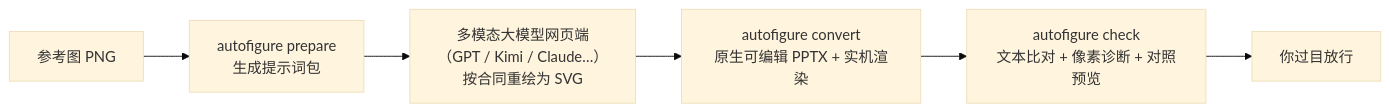
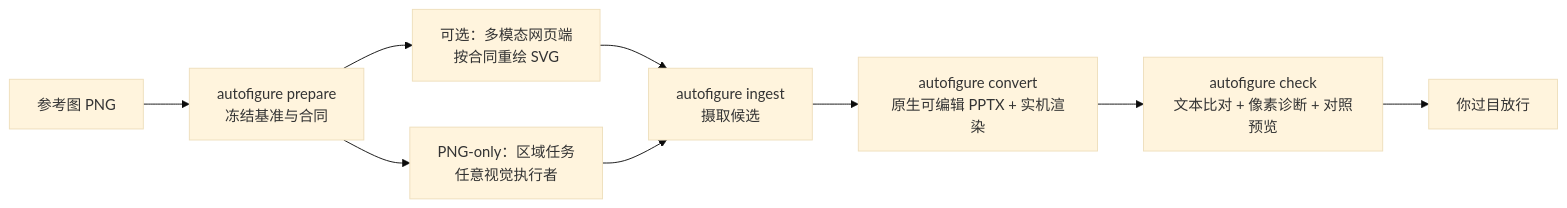
The diagram in README.md (let778750-cpu/autofigure), drawn with Mermaid (base theme) before and after one commit. The commit also changed other lines of this file and 67 other files, not shown here.

````diff
--- a/README.md
+++ b/README.md
@@ -59,8 +60,11 @@
 ```mermaid
 flowchart LR
-    A["参考图 PNG"] --> B["autofigure prepare<br/>生成提示词包"]
-    B --> C["多模态大模型网页端<br/>（GPT / Kimi / Claude…）<br/>按合同重绘为 SVG"]
-    C --> D["autofigure convert<br/>原生可编辑 PPTX + 实机渲染"]
+    A["参考图 PNG"] --> B["autofigure prepare<br/>冻结基准与合同"]
+    B --> C["可选：多模态网页端<br/>按合同重绘 SVG"]
+    B --> P["PNG-only：区域任务<br/>任意视觉执行者"]
+    C --> Q["autofigure ingest<br/>摄取候选"]
+    P --> Q
+    Q --> D["autofigure convert<br/>原生可编辑 PPTX + 实机渲染"]
     D --> E["autofigure check<br/>文本比对 + 像素诊断 + 对照预览"]
     E --> F["你过目放行"]
 ```
````
